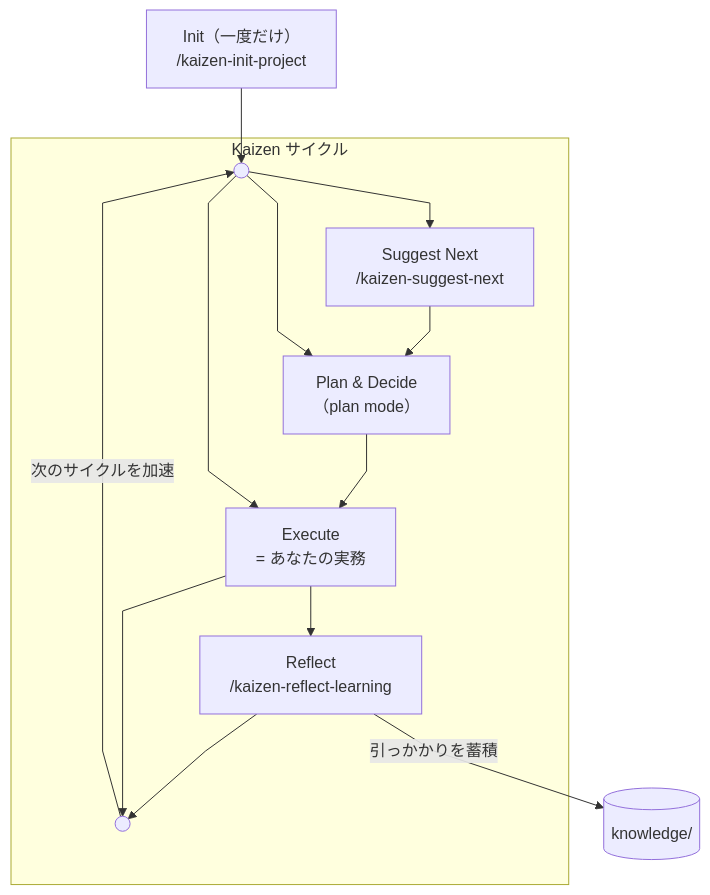
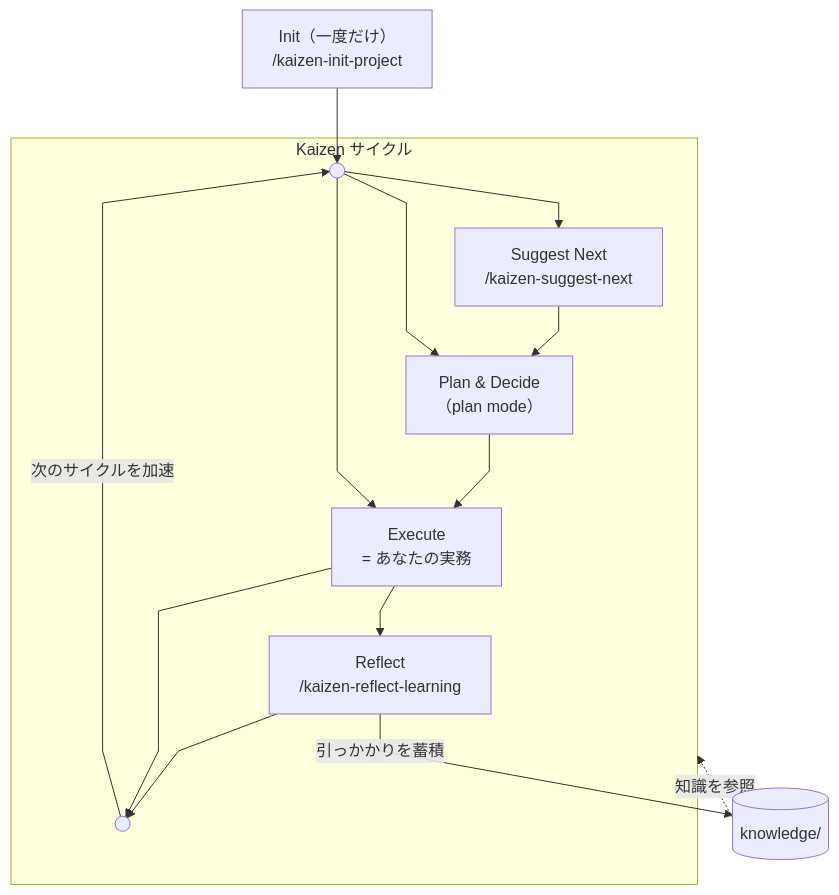
Before and after one commit to tomfook/kaizen-cli: the diagram in docs/CONCEPT.ja.md, drawn with Mermaid. The commit also changed 1 other file, not shown here.

Commit message:
feat(docs): add dotted arrow from Knowledge to Cycle subgraph
Show that accumulated knowledge informs/feeds back into the Kaizen
cycle with a single dotted arrow from Knowledge to the Cycle subgraph.

https://claude.ai/code/session_011ENnixXZ7xcQcWQSnBuWA9

````diff
--- a/docs/CONCEPT.ja.md
+++ b/docs/CONCEPT.ja.md
@@ -45,28 +45,29 @@
 ```mermaid
 ---
 config:
   flowchart:
     curve: linear
 ---
 graph TD
     Init["Init（一度だけ）<br>/kaizen-init-project"] --> Start
 
     subgraph Cycle [" Kaizen サイクル "]
         Start((" "))
         Suggest["Suggest Next<br>/kaizen-suggest-next"]
         Plan["Plan & Decide<br>（plan mode）"]
         Execute["Execute<br>= あなたの実務"]
         Reflect["Reflect<br>/kaizen-reflect-learning"]
         End((" "))
 
         Start --> Suggest --> Plan --> Execute --> Reflect --> End
         Start --> Plan
         Start --> Execute
         Execute --> End
     end
 
     Knowledge[("knowledge/")]
     Execute ~~~ Knowledge
     Reflect -->|"引っかかりを蓄積"| Knowledge
+    Knowledge -.->|"知識を参照"| Cycle
     End -->|"次のサイクルを加速"| Start
 ```
````
